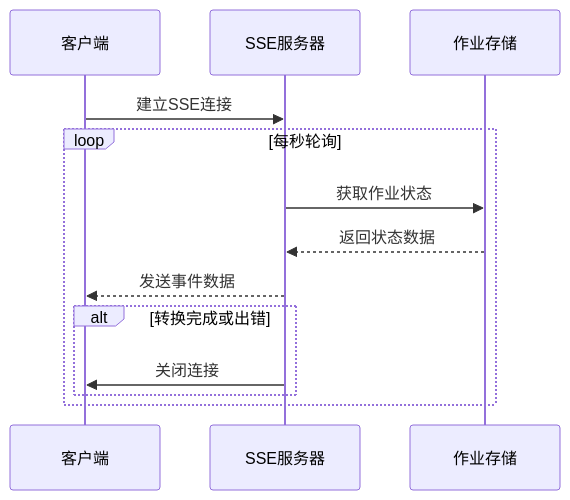
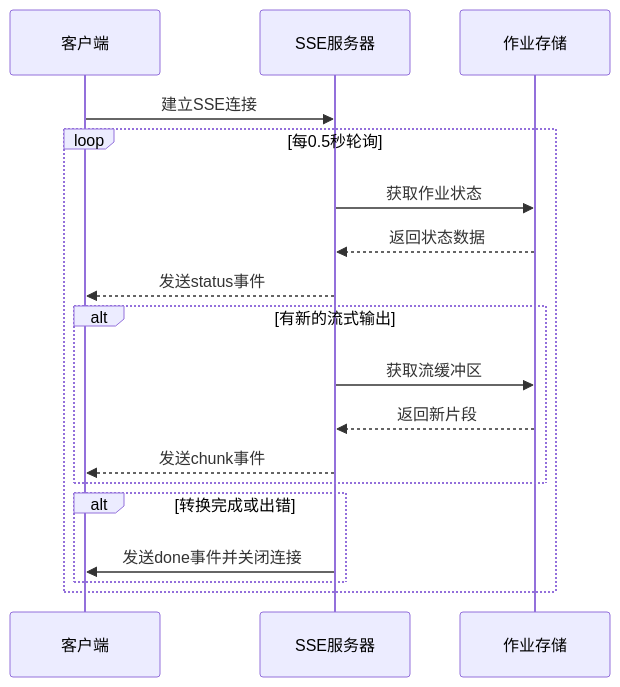
One commit to tjujingzong/Novel-to-Screenplay changed the sixth of 9 diagrams in .qoder/repowiki/zh/content/API参考文档/API参考文档.md. Above: the diagram before and after it, drawn with Mermaid. The commit also changed other lines of this file and 6 other files, not shown here.

````diff
--- a/.qoder/repowiki/zh/content/API参考文档/API参考文档.md
+++ b/.qoder/repowiki/zh/content/API参考文档/API参考文档.md
@@ -292,15 +308,20 @@
 ```mermaid
 sequenceDiagram
 participant Client as 客户端
 participant SSE as SSE服务器
 participant JobStore as 作业存储
 Client->>SSE : 建立SSE连接
-loop 每秒轮询
+loop 每0.5秒轮询
 SSE->>JobStore : 获取作业状态
 JobStore-->>SSE : 返回状态数据
-SSE-->>Client : 发送事件数据
+SSE-->>Client : 发送status事件
+alt 有新的流式输出
+SSE->>JobStore : 获取流缓冲区
+JobStore-->>SSE : 返回新片段
+SSE-->>Client : 发送chunk事件
+end
 alt 转换完成或出错
-SSE->>Client : 关闭连接
+SSE->>Client : 发送done事件并关闭连接
 end
 end
 ```
````
